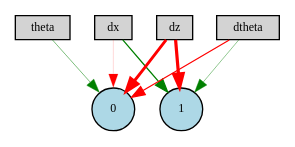
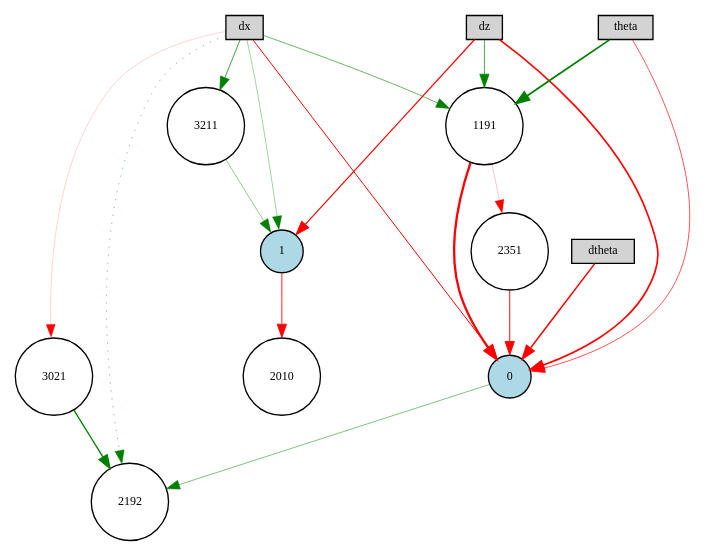
The diagram in fifth_aggressive_stabiliser/winner-ctrnn.gv (benjaminkeltjens/BioInspiredDrone), drawn with Graphviz before and after one commit. The commit also changed 890 other files, not shown here.

```diff
--- a/fifth_aggressive_stabiliser/winner-ctrnn.gv
+++ b/fifth_aggressive_stabiliser/winner-ctrnn.gv
@@ -1,16 +1,34 @@
 digraph {
 	node [fontsize=9 height=0.2 shape=circle width=0.2]
 	dx [fillcolor=lightgray shape=box style=filled]
 	dz [fillcolor=lightgray shape=box style=filled]
 	theta [fillcolor=lightgray shape=box style=filled]
 	dtheta [fillcolor=lightgray shape=box style=filled]
 	0 [fillcolor=lightblue style=filled]
 	1 [fillcolor=lightblue style=filled]
-	dtheta -> 0 [color=red penwidth=0.8706889854885914 style=solid]
-	dz -> 0 [color=red penwidth=2.1582869536667757 style=solid]
-	dz -> 1 [color=red penwidth=2.4033227537733173 style=solid]
-	dx -> 1 [color=green penwidth=0.9168472948928575 style=solid]
-	dtheta -> 1 [color=green penwidth=0.3253177919965219 style=solid]
-	theta -> 0 [color=green penwidth=0.3859971516658207 style=solid]
-	dx -> 0 [color=red penwidth=0.12112591083480731 style=solid]
+	1191 [fillcolor=white style=filled]
+	3211 [fillcolor=white style=filled]
+	3021 [fillcolor=white style=filled]
+	2351 [fillcolor=white style=filled]
+	2192 [fillcolor=white style=filled]
+	2010 [fillcolor=white style=filled]
+	dz -> 1 [color=red penwidth=0.8682391543080555 style=solid]
+	theta -> 0 [color=red penwidth=0.49909375335556494 style=solid]
+	dtheta -> 0 [color=red penwidth=1.1144949252861482 style=solid]
+	dx -> 0 [color=red penwidth=0.7520689353715533 style=solid]
+	theta -> 1191 [color=green penwidth=1.3073208488132806 style=solid]
+	1191 -> 0 [color=red penwidth=1.743910553628031 style=solid]
+	dx -> 1191 [color=green penwidth=0.435042250326632 style=solid]
+	dz -> 0 [color=red penwidth=1.2511538654223626 style=solid]
+	dz -> 1191 [color=green penwidth=0.5337399708102734 style=solid]
+	1 -> 2010 [color=red penwidth=0.6533843494994273 style=solid]
+	dx -> 2192 [color=green penwidth=0.350050847792724 style=dotted]
+	1191 -> 2351 [color=red penwidth=0.17366904696455215 style=solid]
+	2351 -> 0 [color=red penwidth=0.7120365840969572 style=solid]
+	dx -> 1 [color=green penwidth=0.27310801215424185 style=solid]
+	dx -> 3021 [color=red penwidth=0.12708542727792518 style=solid]
+	3021 -> 2192 [color=green penwidth=1.0244176070498945 style=solid]
+	dx -> 3211 [color=green penwidth=0.5627136923703067 style=solid]
+	3211 -> 1 [color=green penwidth=0.3174925374937029 style=solid]
+	0 -> 2192 [color=green penwidth=0.3703032015229897 style=solid]
 }
```
